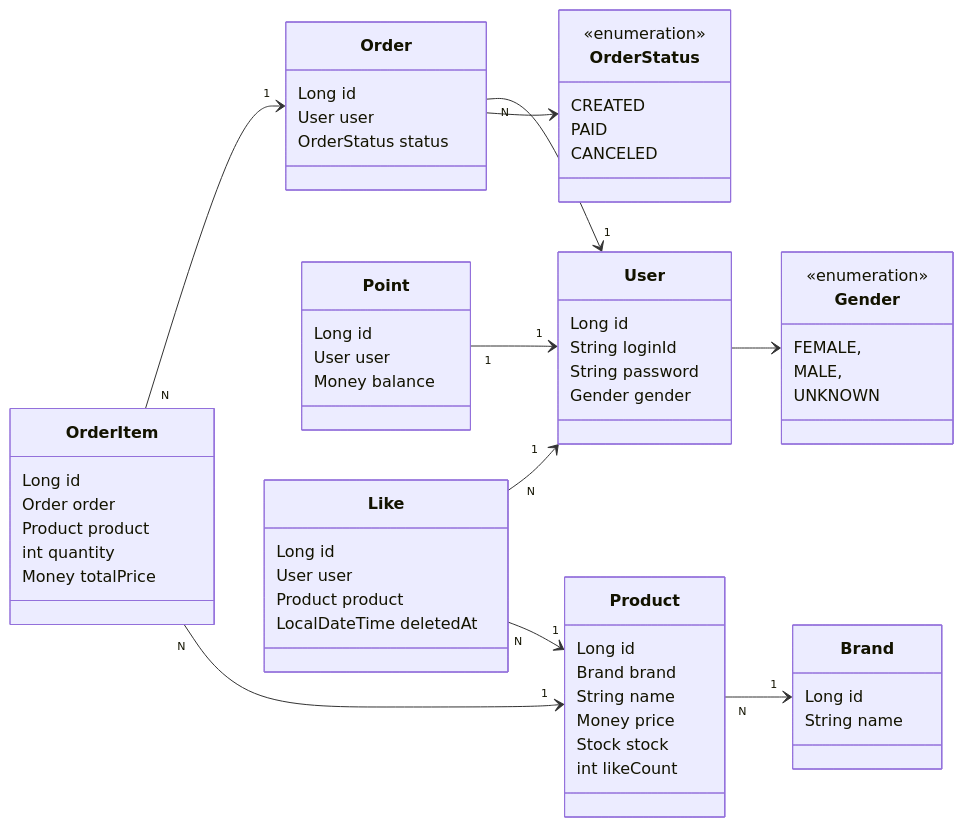
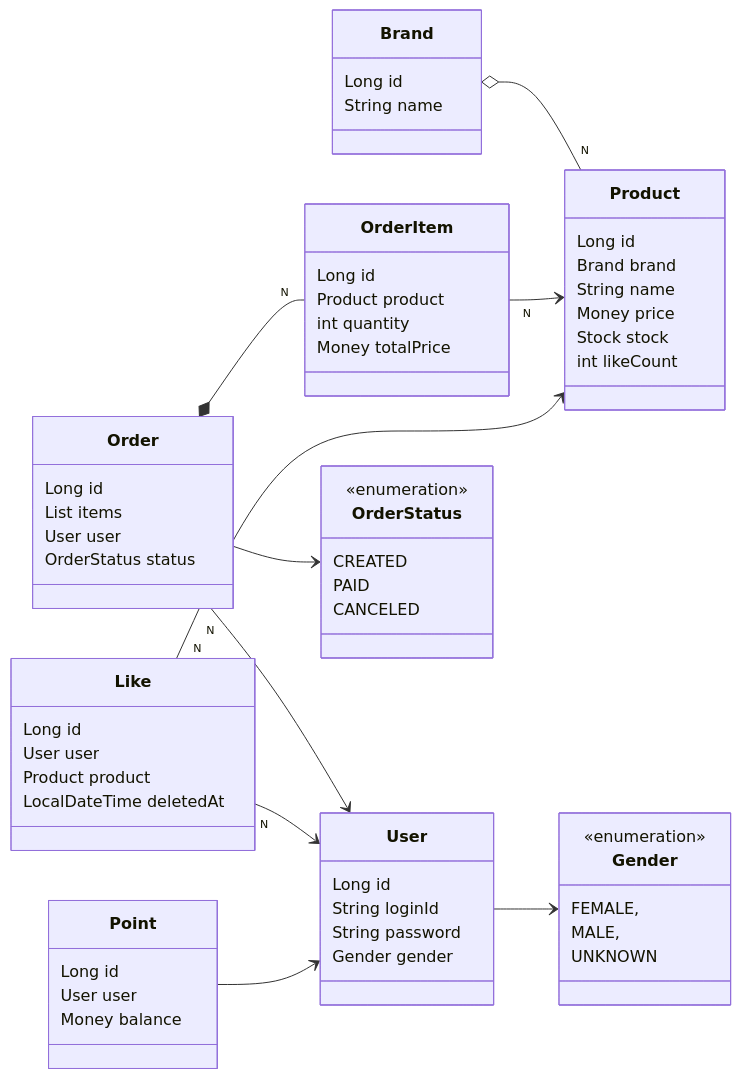
The diagram in .docs/week2/03-class-diagram.md (lim-jaein/loopers-ecommerce), drawn with Mermaid before and after one commit.

Commit message:
refactor : 다이어그램 보완
- 클래스 다이어그램에 연관관계 추가
- ERD 내용 보완

````diff
--- a/.docs/week2/03-class-diagram.md
+++ b/.docs/week2/03-class-diagram.md
@@ -1,78 +1,79 @@
 ```mermaid
 classDiagram
     direction LR
     class Order {
 	    Long id
+        List<OrderItem> items
 	    User user
 	    OrderStatus status
     }
     class OrderItem {
 	    Long id
-	    Order order
 	    Product product
 	    int quantity
 	    Money totalPrice
     }
 
     class Point {
 	    Long id
 	    User user
 	    Money balance
     }
 
     class Like {
 	    Long id
 	    User user
 	    Product product
 	    LocalDateTime deletedAt
     }
 
     class User {
 	    Long id
 	    String loginId
 	    String password
         Gender gender
     }
 
 
     class Product {
 	    Long id
 	    Brand brand
 	    String name
 	    Money price
 	    Stock stock
 	    int likeCount
     }
 
     class Brand {
 	    Long id
 	    String name
     }
 
 
     class Gender {
         <<enumeration>>
         FEMALE,
         MALE,
         UNKNOWN
     }
     class OrderStatus {
         <<enumeration>>
 	    CREATED
 	    PAID
 	    CANCELED
     }
 
 
 
-
-    Point "1" --> "1" User
-    Like "N" --> "1" User
+    Point --> User
+    Like "N" --> User
     User --> Gender
-    Like "N" --> "1" Product
-    OrderItem "N" --> "1" Order
-    OrderItem "N" --> "1" Product
-    Order "N" --> "1" User
+    Like "N" --> Product
+    Order *-- "N" OrderItem
+    OrderItem "N" --> Product
+    Order "N" --> User
     Order --> OrderStatus
-    Product "N" --> "1" Brand
+    Brand o-- "N" Product
+    
+    
 ```
````
